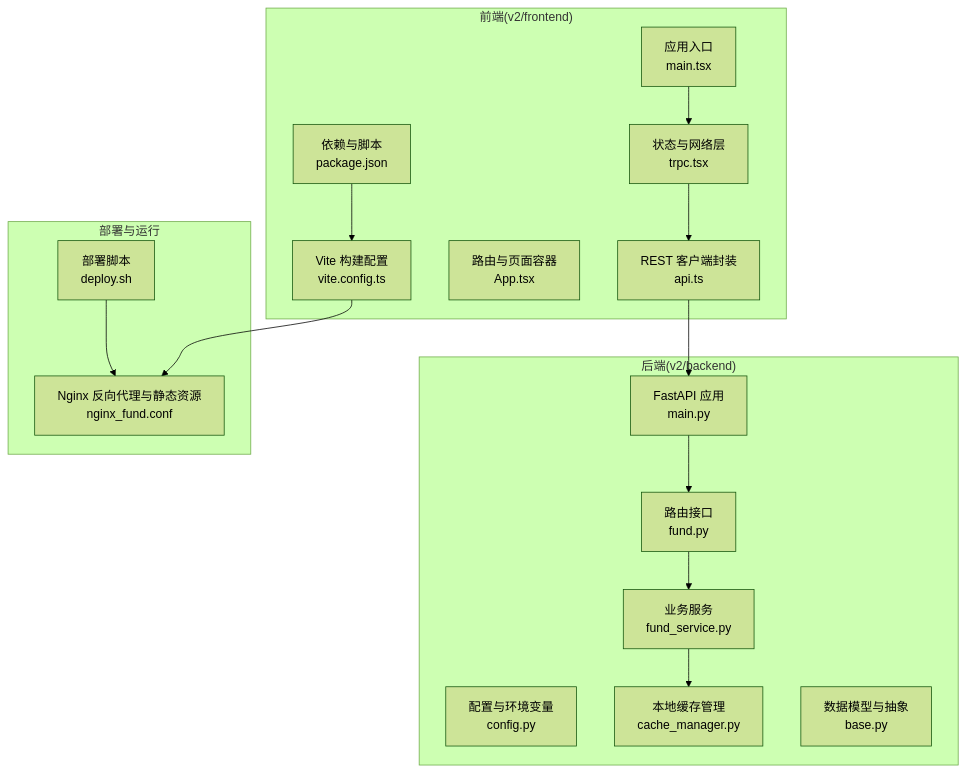
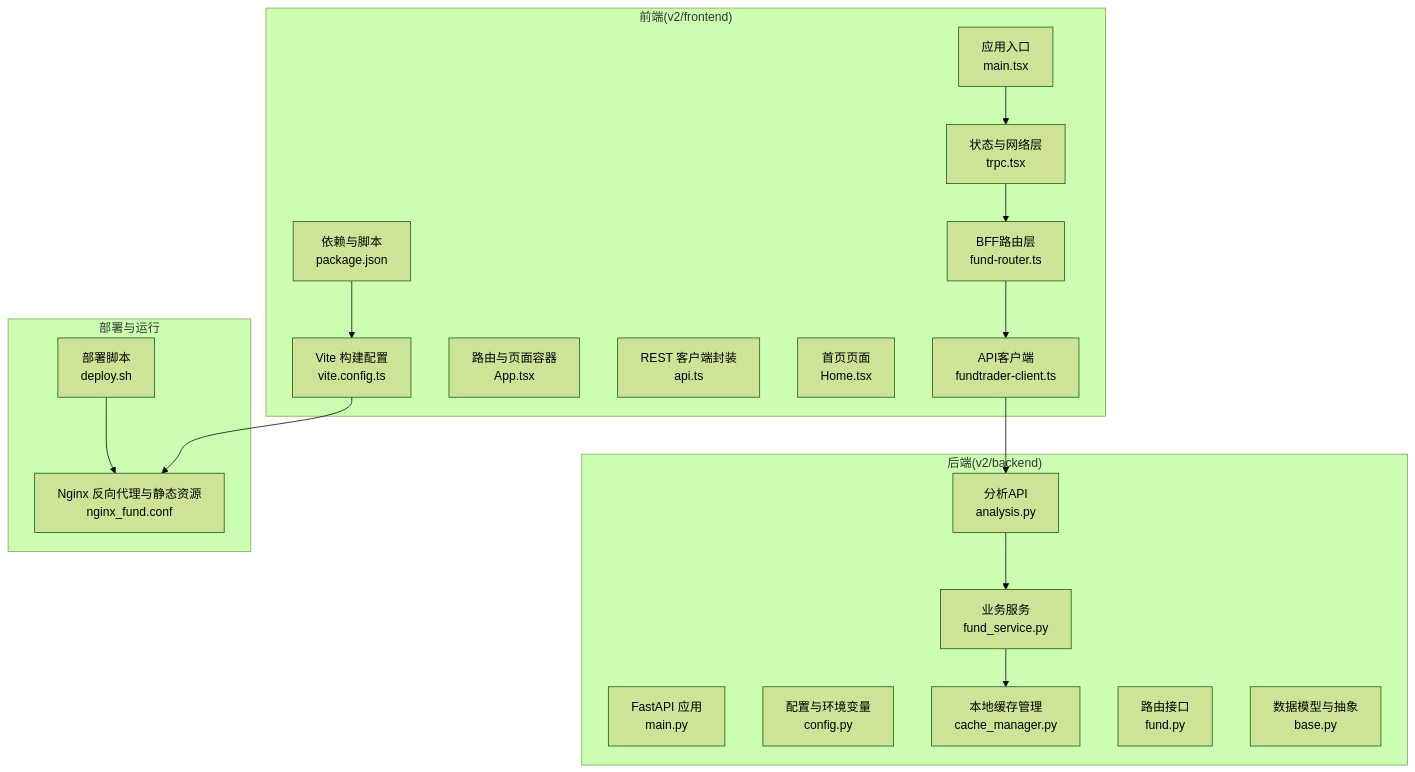
Before and after one commit to youkell85/FundTrader: the first of 6 diagrams in .qoder/repowiki/zh/content/开发者指南/性能优化.md, drawn with Mermaid (forest theme). The commit also changed other lines of this file and 7 other files, not shown here.

````diff
--- a/.qoder/repowiki/zh/content/开发者指南/性能优化.md
+++ b/.qoder/repowiki/zh/content/开发者指南/性能优化.md
@@ -46,32 +51,36 @@
 ```mermaid
 graph TB
 subgraph "前端(v2/frontend)"
 Vite["Vite 构建配置<br/>vite.config.ts"]
 Pkg["依赖与脚本<br/>package.json"]
 MainTSX["应用入口<br/>main.tsx"]
 AppTSX["路由与页面容器<br/>App.tsx"]
 TRPC["状态与网络层<br/>trpc.tsx"]
 API["REST 客户端封装<br/>api.ts"]
+FundRouter["BFF路由层<br/>fund-router.ts"]
+Home["首页页面<br/>Home.tsx"]
+Client["API客户端<br/>fundtrader-client.ts"]
 end
 subgraph "后端(v2/backend)"
 FastAPI["FastAPI 应用<br/>main.py"]
 Config["配置与环境变量<br/>config.py"]
 Cache["本地缓存管理<br/>cache_manager.py"]
+AnalysisAPI["分析API<br/>analysis.py"]
 FundSvc["业务服务<br/>fund_service.py"]
 FundAPI["路由接口<br/>fund.py"]
 Provider["数据模型与抽象<br/>base.py"]
 end
 subgraph "部署与运行"
 Nginx["Nginx 反向代理与静态资源<br/>nginx_fund.conf"]
 Deploy["部署脚本<br/>deploy.sh"]
 end
 MainTSX --> TRPC
-TRPC --> API
-API --> FastAPI
-FastAPI --> FundAPI
-FundAPI --> FundSvc
+TRPC --> FundRouter
+FundRouter --> Client
+Client --> AnalysisAPI
+AnalysisAPI --> FundSvc
 FundSvc --> Cache
 Vite --> Nginx
 Pkg --> Vite
 Deploy --> Nginx
 ```
````
